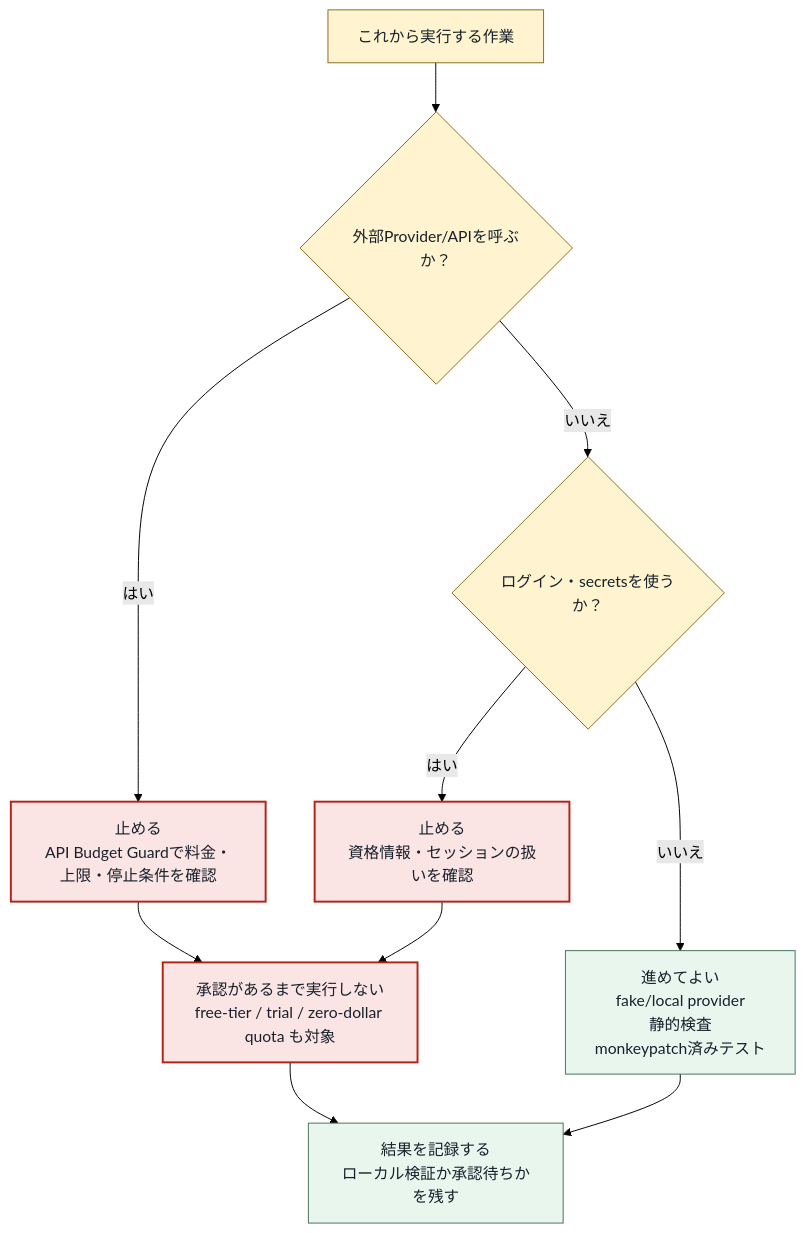
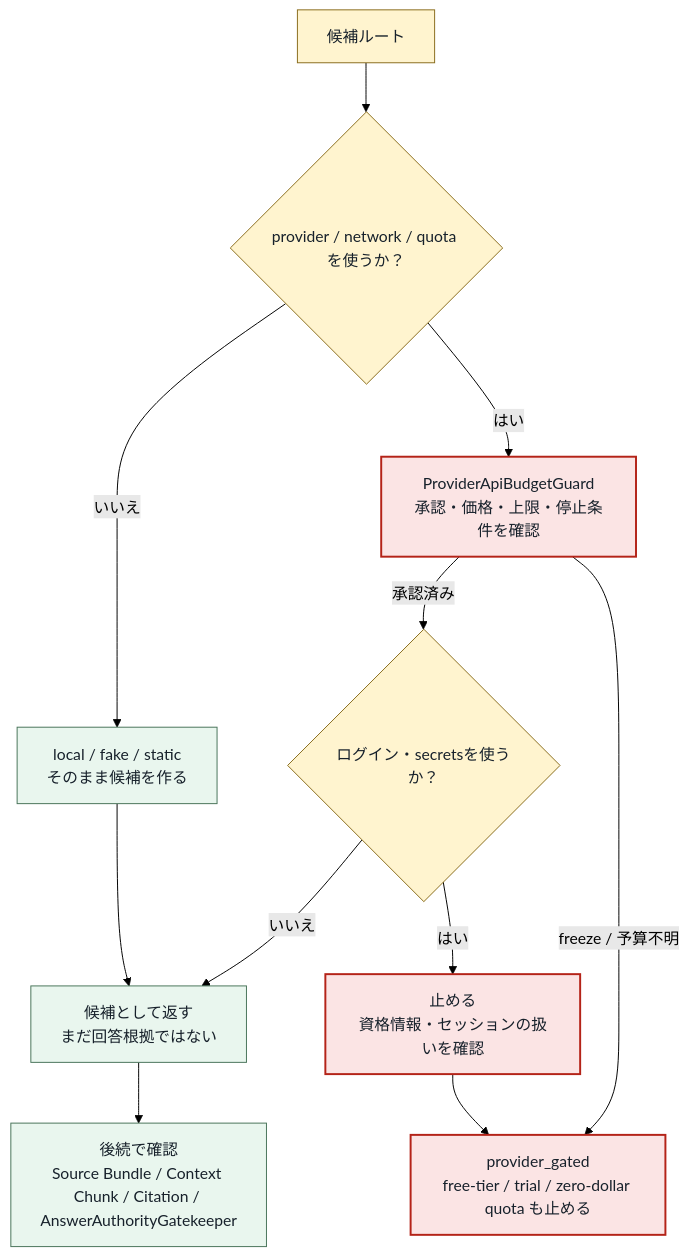
One commit to masanori64/research_x changed the diagram in docs/presentation/mermaid/04-provider-quota-gate.mmd. Above: the diagram before and after it, drawn with Mermaid (forest theme). The commit also changed 48 other files, not shown here.

Commit message:
Refresh final memory flow docs

```diff
--- a/docs/presentation/mermaid/04-provider-quota-gate.mmd
+++ b/docs/presentation/mermaid/04-provider-quota-gate.mmd
@@ -1,21 +1,25 @@
 flowchart TB
-  %% provider / quota gate 図: 何をそのまま進め、何で止めるか
+  %% provider / quota guard 図: provider-backed 候補ルートだけを実行前に止める
 
   classDef ok fill:#e9f6ee,stroke:#49745a,color:#17212b
   classDef check fill:#fff4cf,stroke:#8a6d1d,color:#17212b
   classDef stop fill:#fbe4e4,stroke:#b42318,color:#17212b,stroke-width:2px
 
-  start["これから実行する作業"]:::check
-  asks_provider{"外部Provider/APIを呼ぶか？"}:::check
+  route["候補ルート"]:::check
+  local["local / fake / static<br/>そのまま候補を作る"]:::ok
+  asks_provider{"provider / network / quota を使うか？"}:::check
+  guard["ProviderApiBudgetGuard<br/>承認・価格・上限・停止条件を確認"]:::stop
   asks_secret{"ログイン・secretsを使うか？"}:::check
-  local["進めてよい<br/>fake/local provider<br/>静的検査<br/>monkeypatch済みテスト"]:::ok
-  budget["止める<br/>API Budget Guardで料金・上限・停止条件を確認"]:::stop
   secret_gate["止める<br/>資格情報・セッションの扱いを確認"]:::stop
-  blocked["承認があるまで実行しない<br/>free-tier / trial / zero-dollar quota も対象"]:::stop
-  record["結果を記録する<br/>ローカル検証か承認待ちかを残す"]:::ok
+  blocked["provider_gated<br/>free-tier / trial / zero-dollar quota も止める"]:::stop
+  candidate["候補として返す<br/>まだ回答根拠ではない"]:::ok
+  evidence["後続で確認<br/>Source Bundle / Context Chunk / Citation / AnswerAuthorityGatekeeper"]:::ok
 
-  start --> asks_provider
-  asks_provider -->|"いいえ"| asks_secret
-  asks_provider -->|"はい"| budget --> blocked --> record
-  asks_secret -->|"いいえ"| local --> record
+  route --> asks_provider
+  asks_provider -->|"いいえ"| local --> candidate
+  asks_provider -->|"はい"| guard
+  guard -->|"承認済み"| asks_secret
+  guard -->|"freeze / 予算不明"| blocked
+  asks_secret -->|"いいえ"| candidate
   asks_secret -->|"はい"| secret_gate --> blocked
+  candidate --> evidence
```
